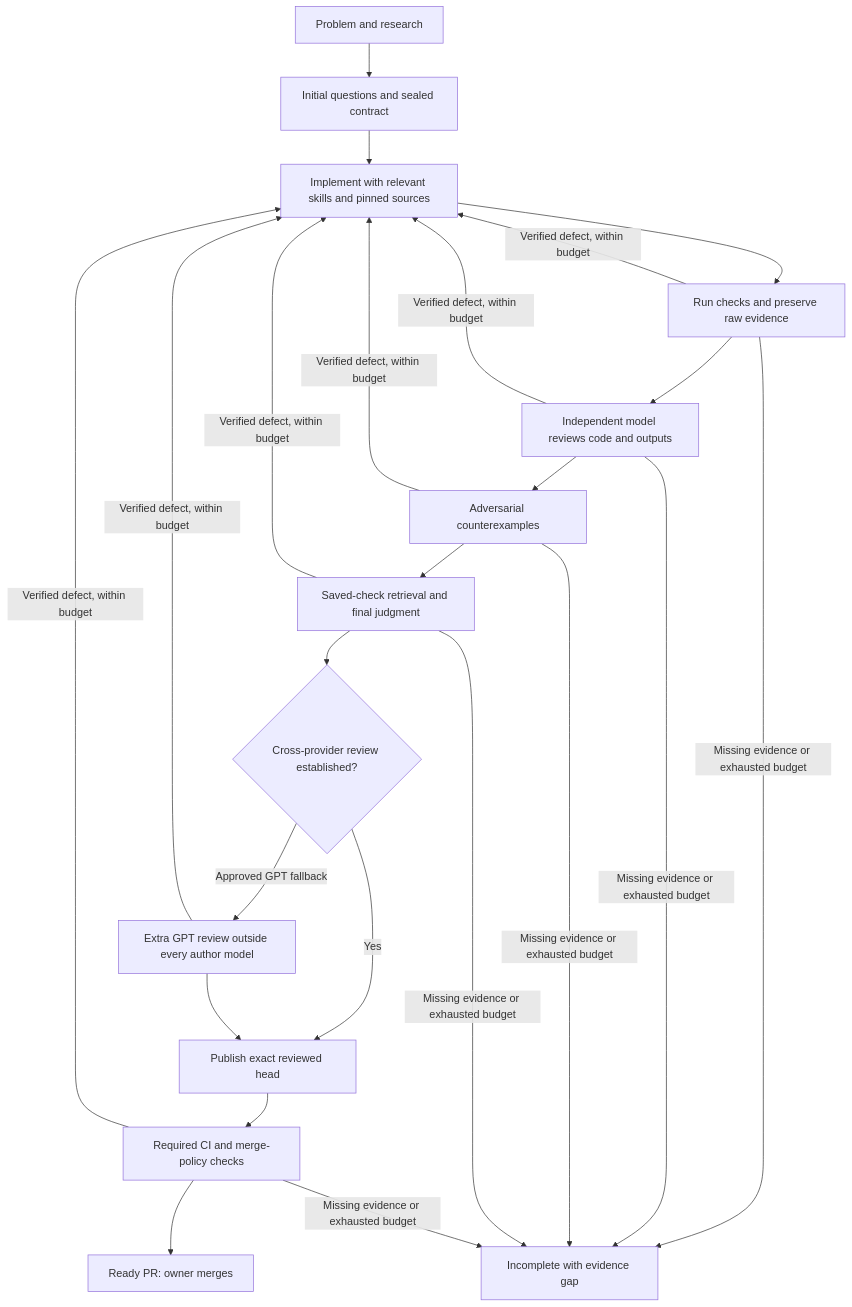
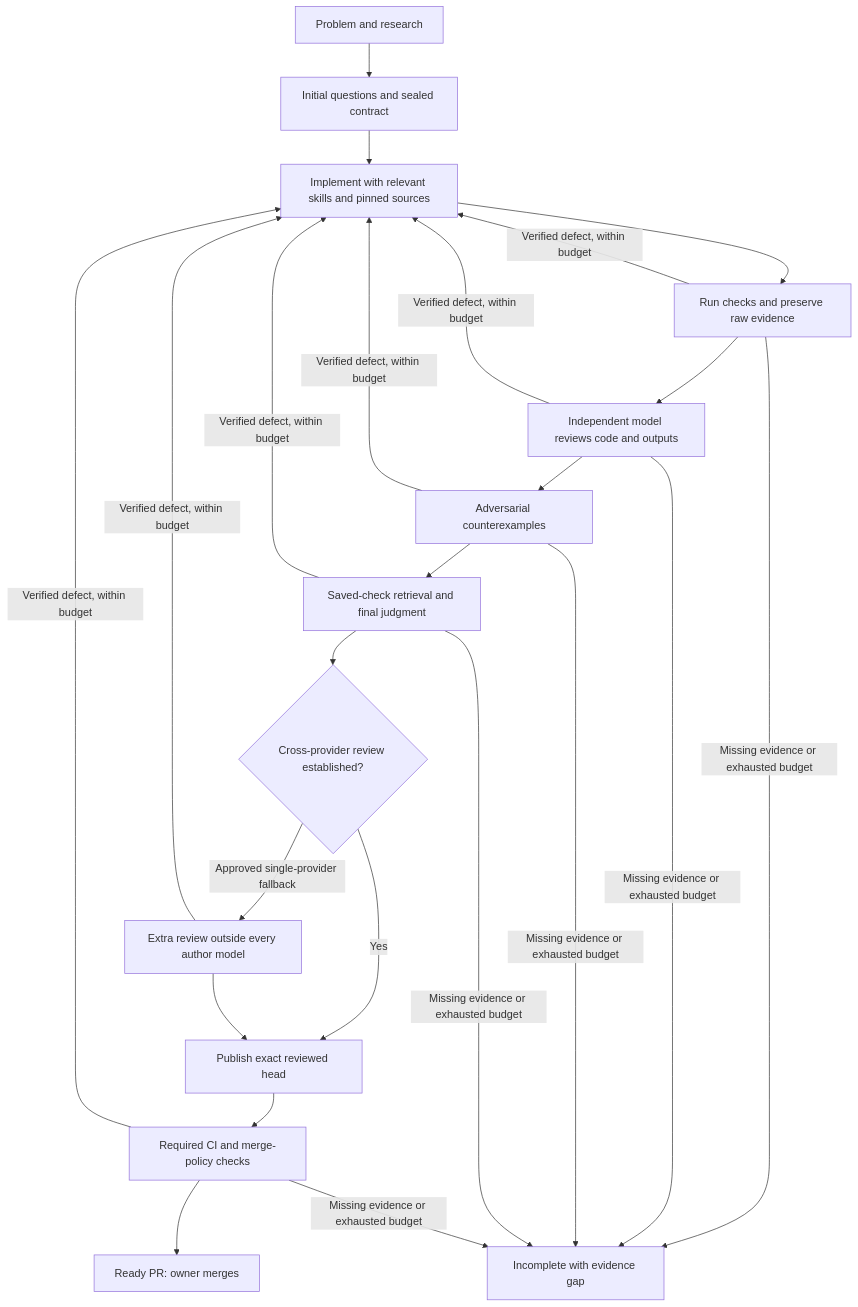
Before and after one commit to SovranBitcoin/Sovran: the diagram in harness/README.md, drawn with Mermaid. The commit also changed other lines of this file and 4 other files, not shown here.

First line of the commit message:
Allow approved Claude-only completion with an extra outside-author review

````diff
--- a/harness/README.md
+++ b/harness/README.md
@@ -23,17 +23,17 @@
 ```mermaid
 flowchart TD
   problem[Problem and research] --> intake[Initial questions and sealed contract]
   intake --> implement[Implement with relevant skills and pinned sources]
   implement --> verify[Run checks and preserve raw evidence]
   verify --> review[Independent model reviews code and outputs]
   review --> adversary[Adversarial counterexamples]
   adversary --> audit[Saved-check retrieval and final judgment]
   audit --> diversity{Cross-provider review established?}
   diversity -->|Yes| publish[Publish exact reviewed head]
-  diversity -->|Approved GPT fallback| extra[Extra GPT review outside every author model]
+  diversity -->|Approved single-provider fallback| extra[Extra review outside every author model]
   extra --> publish
   publish --> ci[Required CI and merge-policy checks]
   ci --> ready[Ready PR: owner merges]
   verify & review & adversary & audit & extra & ci -->|Verified defect, within budget| implement
   verify & review & adversary & audit & ci -->|Missing evidence or exhausted budget| incomplete[Incomplete with evidence gap]
 ```
````
